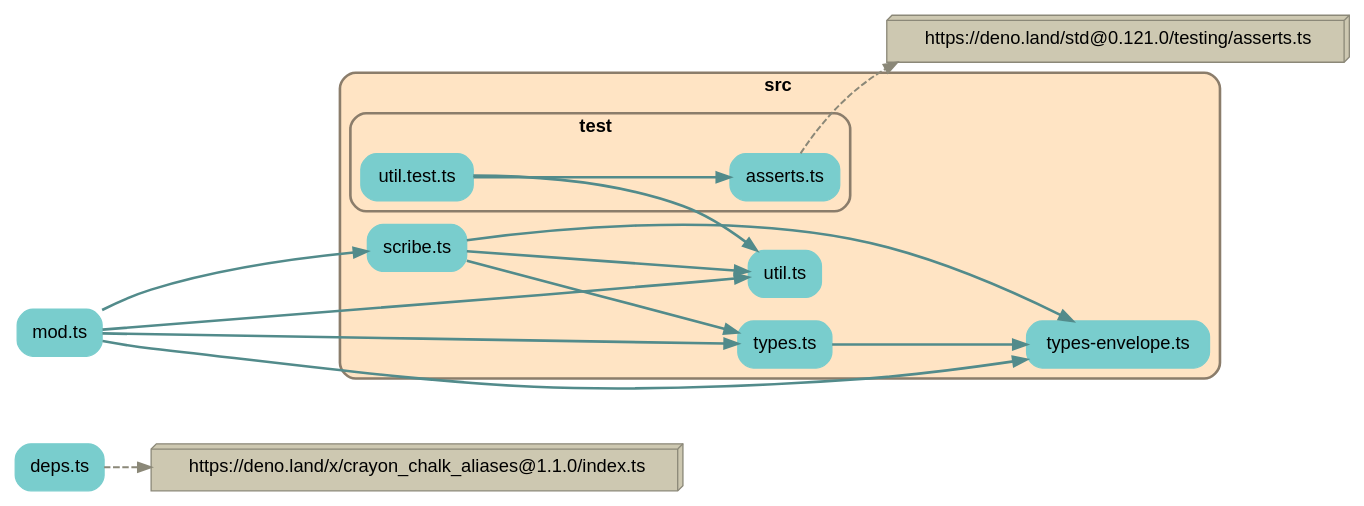
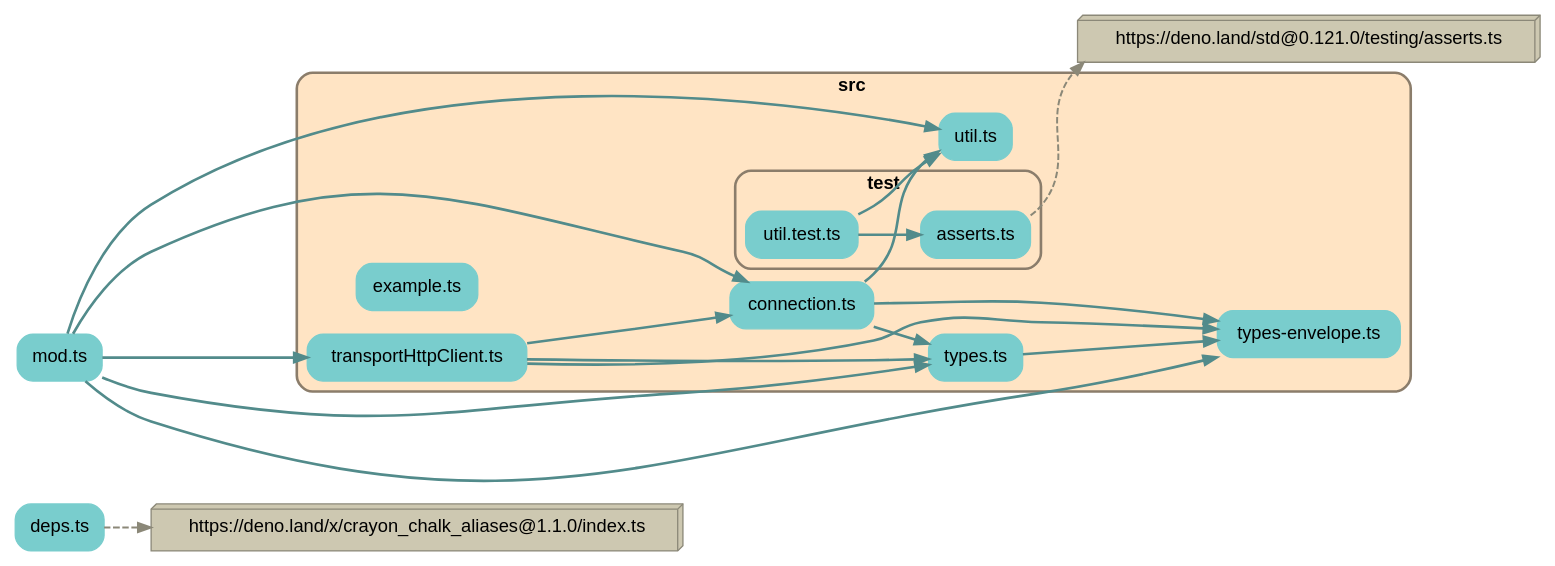
One commit to earthstar-project/earthstar-streaming-rpc changed the diagram in depchart/depchart-full.dot. Above: the diagram before and after it, drawn with Graphviz. The commit also changed 5 other files, not shown here.

```diff
--- a/depchart/depchart-full.dot
+++ b/depchart/depchart-full.dot
@@ -1,61 +1,67 @@
 
 digraph G {
     //splines=line;
     //splines=polyline;
     splines=true;
     rankdir=LR;
     //newrank=true;
     compound=true;
     graph [fontname = "helvetica"];  // dpi=72
     node [fontname = "helvetica"];
     edge [fontname = "helvetica"];
     
     // files in their folder clusters
         "deps.ts" [label="deps.ts", shape=rectangle; style="rounded,filled"; color=darkslategray3];
         "mod.ts" [label="mod.ts", shape=rectangle; style="rounded,filled"; color=darkslategray3];
 
-        subgraph cluster1870986062 {
+        subgraph cluster476466255 {
             label=<<b>src</b>>;
             style="rounded,filled";
             fillcolor=bisque;
             color=bisque4;
             penwidth=2;
                     
-            "src/scribe.ts" [label="scribe.ts", shape=rectangle; style="rounded,filled"; color=darkslategray3];
+            "src/connection.ts" [label="connection.ts", shape=rectangle; style="rounded,filled"; color=darkslategray3];
+            "src/example.ts" [label="example.ts", shape=rectangle; style="rounded,filled"; color=darkslategray3];
+            "src/transportHttpClient.ts" [label="transportHttpClient.ts", shape=rectangle; style="rounded,filled"; color=darkslategray3];
             "src/types-envelope.ts" [label="types-envelope.ts", shape=rectangle; style="rounded,filled"; color=darkslategray3];
             "src/types.ts" [label="types.ts", shape=rectangle; style="rounded,filled"; color=darkslategray3];
             "src/util.ts" [label="util.ts", shape=rectangle; style="rounded,filled"; color=darkslategray3];
     
-            subgraph cluster9198452401 {
+            subgraph cluster4646860805 {
                 label=<<b>test</b>>;
                 style="rounded,filled";
                 fillcolor=bisque;
                 color=bisque4;
                 penwidth=2;
                         
                 "src/test/asserts.ts" [label="asserts.ts", shape=rectangle; style="rounded,filled"; color=darkslategray3];
                 "src/test/util.test.ts" [label="util.test.ts", shape=rectangle; style="rounded,filled"; color=darkslategray3];
             }
         }
 
     // packages not in their own cluster
         "https://deno.land/x/crayon_chalk_aliases@1.1.0/index.ts" [shape=box3d, style=filled, fillcolor=cornsilk3, color=cornsilk4];
         "https://deno.land/std@0.121.0/testing/asserts.ts" [shape=box3d, style=filled, fillcolor=cornsilk3, color=cornsilk4];
 
     // edges between files
-    "mod.ts" -> "src/scribe.ts" [penwidth=2; color=darkslategray4];
     "mod.ts" -> "src/types-envelope.ts" [penwidth=2; color=darkslategray4];
     "mod.ts" -> "src/types.ts" [penwidth=2; color=darkslategray4];
     "mod.ts" -> "src/util.ts" [penwidth=2; color=darkslategray4];
-    "src/scribe.ts" -> "src/types.ts" [penwidth=2; color=darkslategray4];
-    "src/scribe.ts" -> "src/types-envelope.ts" [penwidth=2; color=darkslategray4];
-    "src/scribe.ts" -> "src/util.ts" [penwidth=2; color=darkslategray4];
+    "mod.ts" -> "src/transportHttpClient.ts" [penwidth=2; color=darkslategray4];
+    "mod.ts" -> "src/connection.ts" [penwidth=2; color=darkslategray4];
+    "src/connection.ts" -> "src/types.ts" [penwidth=2; color=darkslategray4];
+    "src/connection.ts" -> "src/types-envelope.ts" [penwidth=2; color=darkslategray4];
+    "src/connection.ts" -> "src/util.ts" [penwidth=2; color=darkslategray4];
     "src/test/util.test.ts" -> "src/test/asserts.ts" [penwidth=2; color=darkslategray4];
     "src/test/util.test.ts" -> "src/util.ts" [penwidth=2; color=darkslategray4];
+    "src/transportHttpClient.ts" -> "src/types.ts" [penwidth=2; color=darkslategray4];
+    "src/transportHttpClient.ts" -> "src/types-envelope.ts" [penwidth=2; color=darkslategray4];
+    "src/transportHttpClient.ts" -> "src/connection.ts" [penwidth=2; color=darkslategray4];
     "src/types.ts" -> "src/types-envelope.ts" [penwidth=2; color=darkslategray4];
 
     // edges from files to packages
     "deps.ts" -> "https://deno.land/x/crayon_chalk_aliases@1.1.0/index.ts" [penwidth=1.5; style=dashed, color=cornsilk4, weight=1];
     "src/test/asserts.ts" -> "https://deno.land/std@0.121.0/testing/asserts.ts" [penwidth=1.5; style=dashed, color=cornsilk4, weight=1];
 
 }
```
